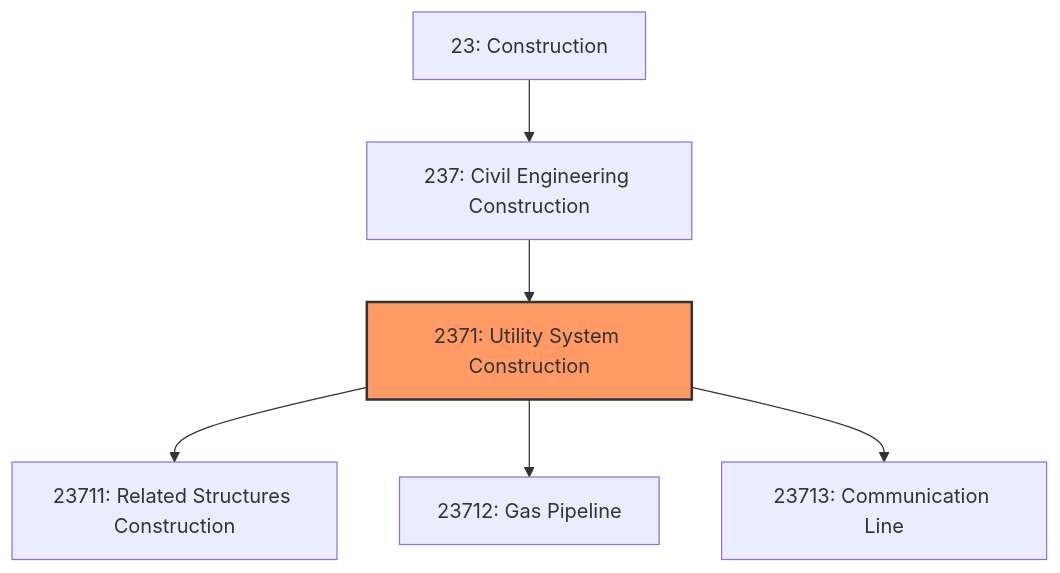
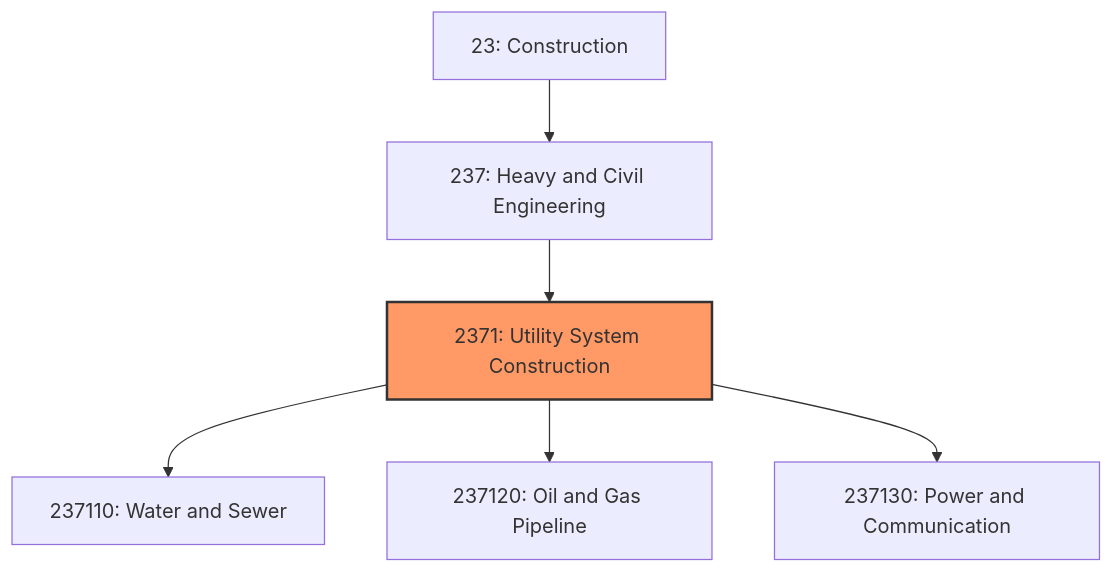
One commit to kziemski/business.org.ai changed the first of 3 diagrams in industries/Construction/CivilEngineeringConstruction/UtilitySystemConstruction/index.mdx. Above: the diagram before and after it, drawn with Mermaid. The commit also changed other lines of this file and 67 other files, not shown here.

````diff
--- a/industries/Construction/CivilEngineeringConstruction/UtilitySystemConstruction/index.mdx
+++ b/industries/Construction/CivilEngineeringConstruction/UtilitySystemConstruction/index.mdx
@@ -22,10 +35,10 @@
 ```mermaid
 graph TD
     S23["23: Construction"]
-    S23 --> N237["237: Civil Engineering Construction"]
+    S23 --> N237["237: Heavy and Civil Engineering"]
     N237 --> N2371["2371: Utility System Construction"]
     style N2371 fill:#f96,stroke:#333,stroke-width:2px
-    N2371 --> N23711["23711: Related Structures Construction"]
-    N2371 --> N23712["23712: Gas Pipeline"]
-    N2371 --> N23713["23713: Communication Line"]
+    N2371 --> N23711["237110: Water and Sewer"]
+    N2371 --> N23712["237120: Oil and Gas Pipeline"]
+    N2371 --> N23713["237130: Power and Communication"]
 ```
````
